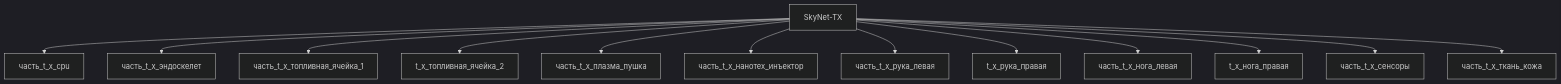
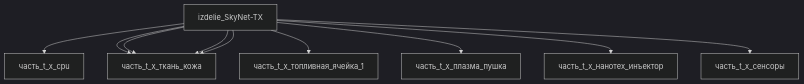
The diagram in работа и и/изделия/каркас/tx/_index.md (a-m-e-n-t-e-t/SkyNet), drawn with Mermaid (dark theme) before and after one commit. The commit also changed other lines of this file, not shown here.

````diff
--- a/работа и и/изделия/каркас/tx/_index.md
+++ b/работа и и/изделия/каркас/tx/_index.md
@@ -90,25 +165,22 @@
 ```mermaid
 graph TD
-    TX["SkyNet-TX"]
-    t_x_cpu["часть_t_x_cpu"]
-    TX --> t_x_cpu
-    t_x_эндоскелет["часть_t_x_эндоскелет"]
-    TX --> t_x_эндоскелет
-    t_x_топливная_ячейка_1["часть_t_x_топливная_ячейка_1"]
-    TX --> t_x_топливная_ячейка_1
-    TX --> t_x_топливная_ячейка_2
-    t_x_плазма_пушка["часть_t_x_плазма_пушка"]
-    TX --> t_x_плазма_пушка
-    t_x_нанотех_инъектор["часть_t_x_нанотех_инъектор"]
-    TX --> t_x_нанотех_инъектор
-    t_x_рука_левая["часть_t_x_рука_левая"]
-    TX --> t_x_рука_левая
-    TX --> t_x_рука_правая
-    t_x_нога_левая["часть_t_x_нога_левая"]
-    TX --> t_x_нога_левая
-    TX --> t_x_нога_правая
-    t_x_сенсоры["часть_t_x_сенсоры"]
-    TX --> t_x_сенсоры
-    t_x_ткань_кожа["часть_t_x_ткань_кожа"]
-    TX --> t_x_ткань_кожа
+    izdelie_SkyNet_TX["izdelie_SkyNet-TX"]
+    ______t_x_cpu["часть_t_x_cpu"]
+    izdelie_SkyNet_TX --> ______t_x_cpu
+    ______t_x___________["часть_t_x_эндоскелет"]
+    izdelie_SkyNet_TX --> ______t_x___________
+    ______t_x__________________1["часть_t_x_топливная_ячейка_1"]
+    izdelie_SkyNet_TX --> ______t_x__________________1
+    ______t_x_____________["часть_t_x_плазма_пушка"]
+    izdelie_SkyNet_TX --> ______t_x_____________
+    ______t_x_________________["часть_t_x_нанотех_инъектор"]
+    izdelie_SkyNet_TX --> ______t_x_________________
+    ______t_x___________["часть_t_x_рука_левая"]
+    izdelie_SkyNet_TX --> ______t_x___________
+    ______t_x___________["часть_t_x_нога_левая"]
+    izdelie_SkyNet_TX --> ______t_x___________
+    ______t_x________["часть_t_x_сенсоры"]
+    izdelie_SkyNet_TX --> ______t_x________
+    ______t_x___________["часть_t_x_ткань_кожа"]
+    izdelie_SkyNet_TX --> ______t_x___________
 ```
````
